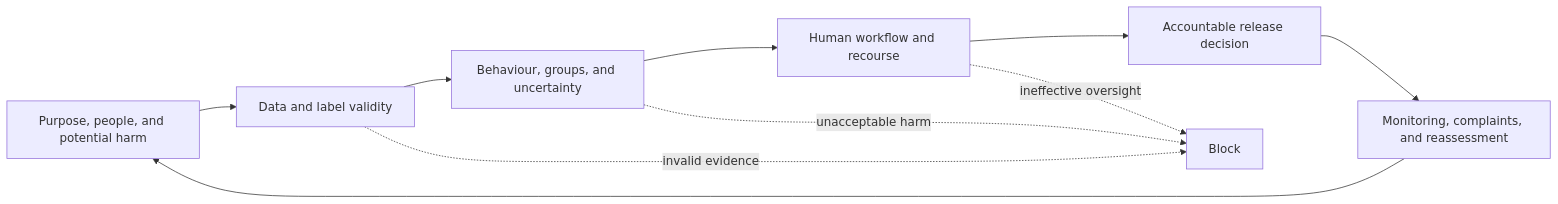
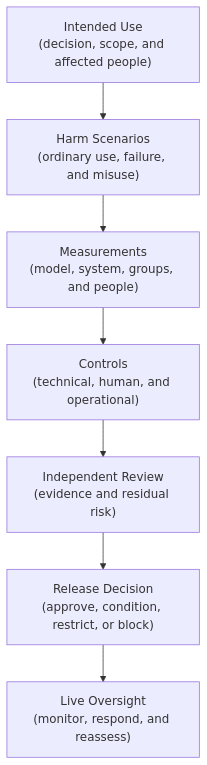
Before and after one commit to senlinyy/dev-roadmaps: the first of 5 diagrams in roadmaps/mlops/modules/governance-and-responsible-ai/risk/03-responsible-ai-checks-before-release.md, drawn with Mermaid. The commit also changed other lines of this file and 152 other files, not shown here.

Commit message:
feat: mlops and diagrams updated

````diff
--- a/roadmaps/mlops/modules/governance-and-responsible-ai/risk/03-responsible-ai-checks-before-release.md
+++ b/roadmaps/mlops/modules/governance-and-responsible-ai/risk/03-responsible-ai-checks-before-release.md
@@ -39,12 +64,13 @@
 ```mermaid
-flowchart LR
-    P["Purpose, people, and potential harm"] --> D["Data and label validity"]
-    D --> B["Behaviour, groups, and uncertainty"]
-    B --> H["Human workflow and recourse"]
-    H --> A["Accountable release decision"]
-    A --> M["Monitoring, complaints, and reassessment"]
-    M --> P
-    D -. "invalid evidence" .-> X["Block"]
-    B -. "unacceptable harm" .-> X
-    H -. "ineffective oversight" .-> X
+flowchart TD
+    A["Intended Use<br/>(decision, scope, and affected people)"] --> B["Harm Scenarios<br/>(ordinary use, failure, and misuse)"]
+    B --> C["Measurements<br/>(model, system, groups, and people)"]
+    C --> D["Controls<br/>(technical, human, and operational)"]
+    D --> E["Independent Review<br/>(evidence and residual risk)"]
+    E --> F["Release Decision<br/>(approve, condition, restrict, or block)"]
+    F --> G["Live Oversight<br/>(monitor, respond, and reassess)"]
+
+    class A input;
+    class B,C,D,G work;
+    class E,F gate;
 ```
````
